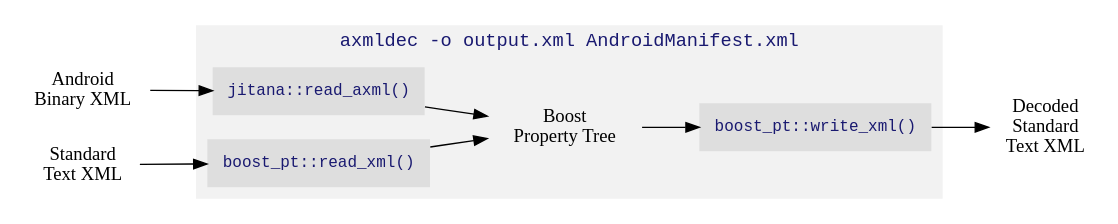
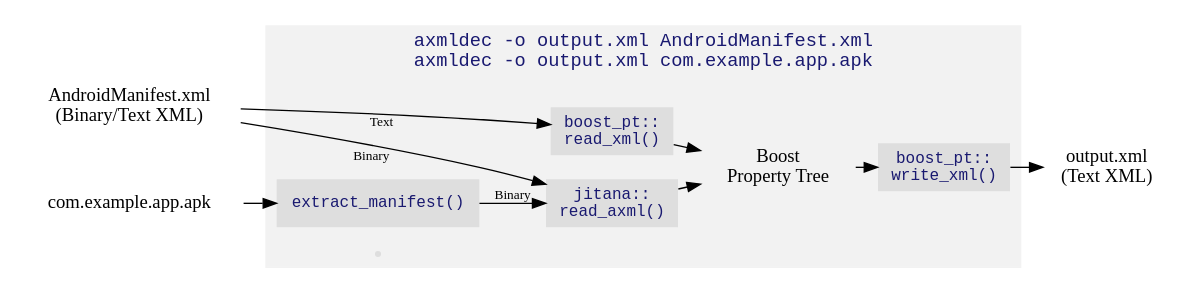
The diagram in doc/overview.dot (ytsutano/axmldec), drawn with Graphviz before and after one commit. The commit also changed 6 other files, not shown here.

```diff
--- a/doc/overview.dot
+++ b/doc/overview.dot
@@ -1,36 +1,46 @@
 digraph {
     rankdir=LR;
-    ranksep=0.6;
+    ranksep=0.1
+
+    edge [fontsize=10];
+
+    {
+        xml [label="AndroidManifest.xml\n(Binary/Text XML)", shape=none];
+        apk [label="com.example.app.apk", shape=none];
+        rank=same;
+    }
+    decoded_xml [label="output.xml\n(Text XML)", shape=none];
+
+    xml -> apk [style=invis];
 
     subgraph cluster_axmldec {
         {
-
             node [style=filled, color=gray87, shape=none, fontname=Courier, fontsize=12, fontcolor=midnightblue];
+            extract_manifest [label="extract_manifest()", URL="https://github.com/ytsutano/axmldec/blob/master/main.cpp"];
             {
-                read_xml [label="boost_pt::read_xml()", URL="http://www.boost.org/doc/libs/1_64_0/doc/html/boost/property_tree/xml_parser/read_xml_idp683796192.html"];
-                read_axml [label="jitana::read_axml()", URL="https://github.com/ytsutano/axmldec/blob/master/include/jitana/util/axml_parser.hpp"];
+                read_xml [label="boost_pt::\nread_xml()", URL="http://www.boost.org/doc/libs/1_64_0/doc/html/boost/property_tree/xml_parser/read_xml_idp683796192.html"];
+                read_axml [label="jitana::\nread_axml()", URL="https://github.com/ytsutano/axmldec/blob/master/include/jitana/util/axml_parser.hpp"];
                 rank=same;
             }
-            write_xml [label="boost_pt::write_xml()", URL="http://www.boost.org/doc/libs/1_64_0/doc/html/boost/property_tree/xml_parser/write_xml_idp683815200.html"];
+            write_xml [label="boost_pt::\nwrite_xml()", URL="http://www.boost.org/doc/libs/1_64_0/doc/html/boost/property_tree/xml_parser/write_xml_idp683815200.html"];
+            read_axml_xml [shape=point];
         }
-        ptree [label="Boost\nProperty Tree", shape="none", URL="http://www.boost.org/doc/libs/1_64_0/doc/html/property_tree.html"];
+        ptree [label="Boost\nProperty Tree", shape=none, URL="http://www.boost.org/doc/libs/1_64_0/doc/html/property_tree.html"];
 
         read_axml -> ptree;
         read_xml -> ptree;
+        extract_manifest -> read_axml [label="Binary", weight=1000];
         ptree -> write_xml;
 
         style=filled;
         color=gray95;
-        label="axmldec -o output.xml AndroidManifest.xml";
+        label="axmldec -o output.xml AndroidManifest.xml\naxmldec -o output.xml com.example.app.apk\n ";
         fontname=Courier;
         fontcolor=midnightblue
     }
 
-    axml [label="Android\nBinary XML", shape="none"];
-    txml [label="Standard\nText XML", shape="none"];
-    decoded_xml [label="Decoded\nStandard\nText XML", shape="none"];
-
-    axml -> read_axml;
-    txml -> read_xml;
+    xml -> read_axml [xlabel="Binary"];
+    xml -> read_xml [xlabel="Text"];
+    apk -> extract_manifest;
     write_xml -> decoded_xml;
 }
```
